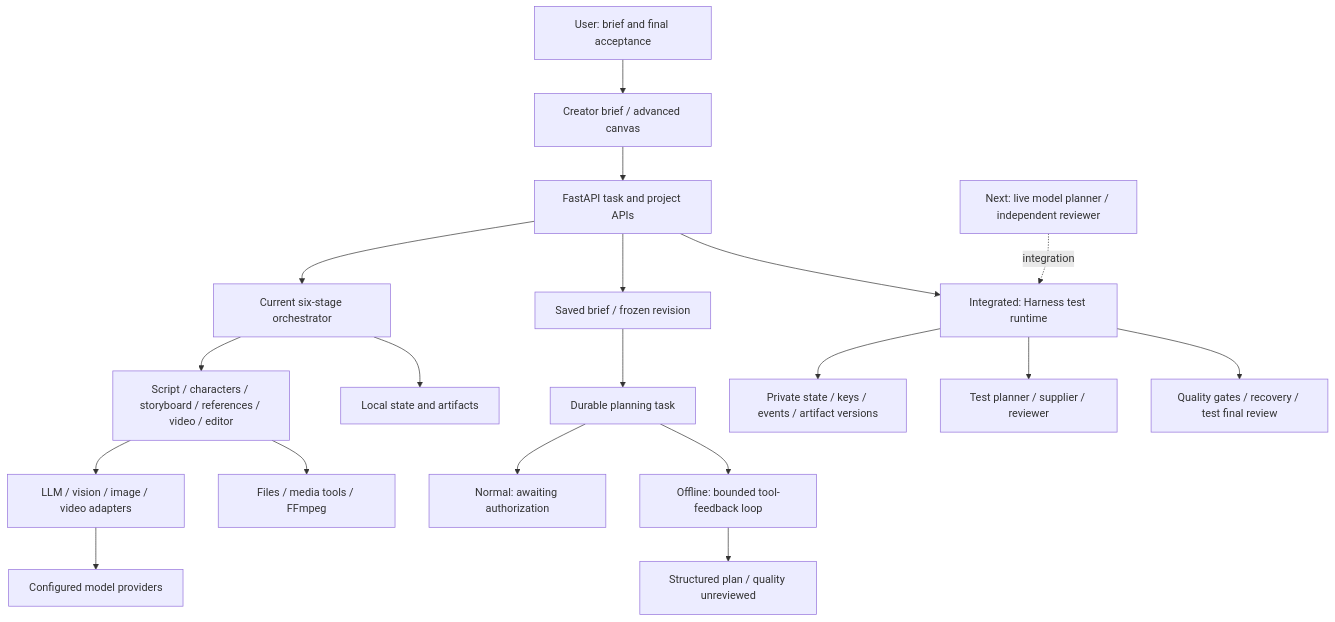
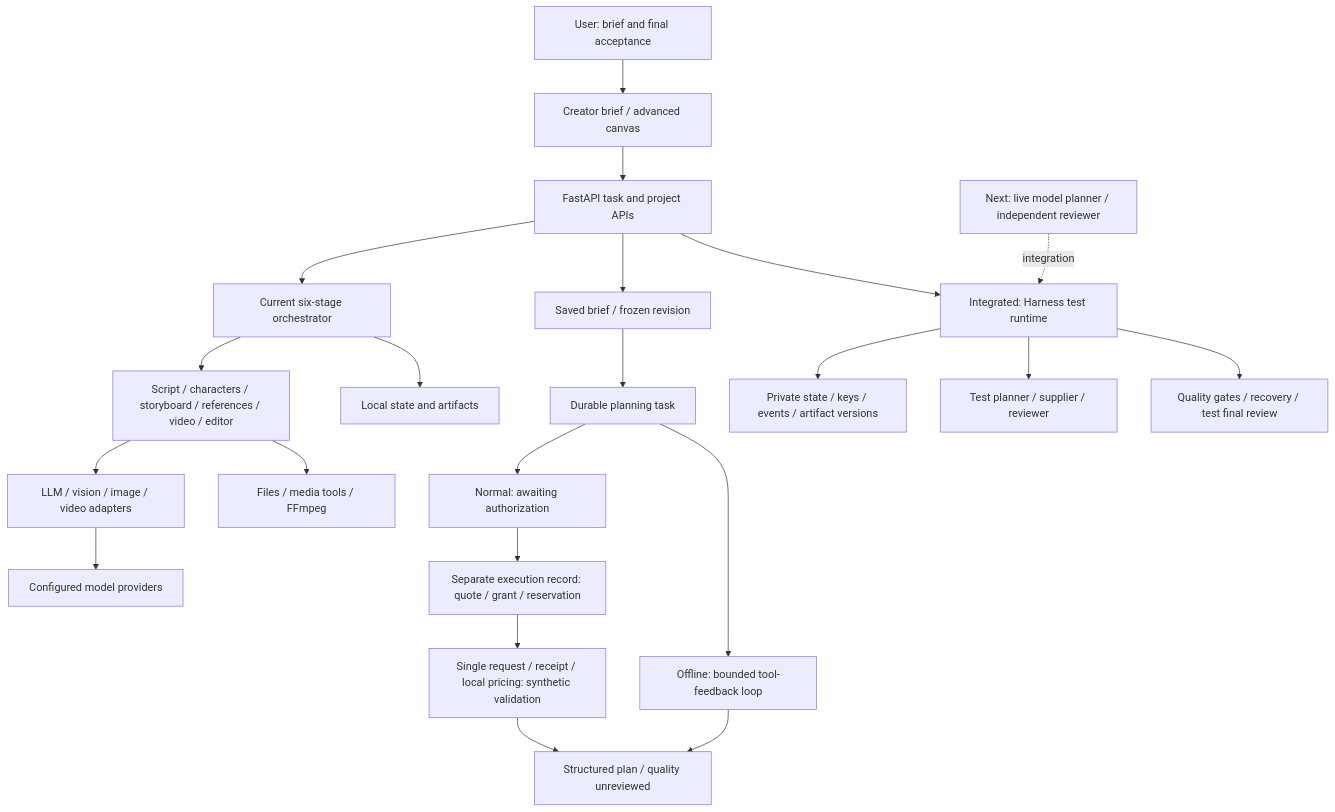
The diagram in README_EN.md (leo-ai-pm/LeonTV), drawn with Mermaid before and after one commit. The commit also changed other lines of this file and 25 other files, not shown here.

Commit message:
feat: add durable planner authorization and bounded execution control

````diff
--- a/README_EN.md
+++ b/README_EN.md
@@ -62,21 +64,24 @@
 ```mermaid
 flowchart TD
     User[User: brief and final acceptance] --> UI[Creator brief / advanced canvas]
     UI --> API[FastAPI task and project APIs]
     API --> Workflow[Current six-stage orchestrator]
     Workflow --> Agents[Script / characters / storyboard / references / video / editor]
     Agents --> Models[LLM / vision / image / video adapters]
     Agents --> Tools[Files / media tools / FFmpeg]
     Workflow --> Store[Local state and artifacts]
     Models --> Providers[Configured model providers]
     API --> Brief[Saved brief / frozen revision]
     Brief --> Planner[Durable planning task]
     Planner --> Wait[Normal: awaiting authorization]
+    Wait --> Control[Separate execution record: quote / grant / reservation]
+    Control --> Synthetic[Single request / receipt / local pricing: synthetic validation]
+    Synthetic --> Plan
     Planner --> Loop[Offline: bounded tool-feedback loop]
     Loop --> Plan[Structured plan / quality unreviewed]
     API --> Runtime[Integrated: Harness test runtime]
     Runtime --> Private[Private state / keys / events / artifact versions]
     Runtime --> Fixtures[Test planner / supplier / reviewer]
     Runtime --> Gates[Quality gates / recovery / test final review]
     Harness[Next: live model planner / independent reviewer] -.integration.-> Runtime
 ```
````
